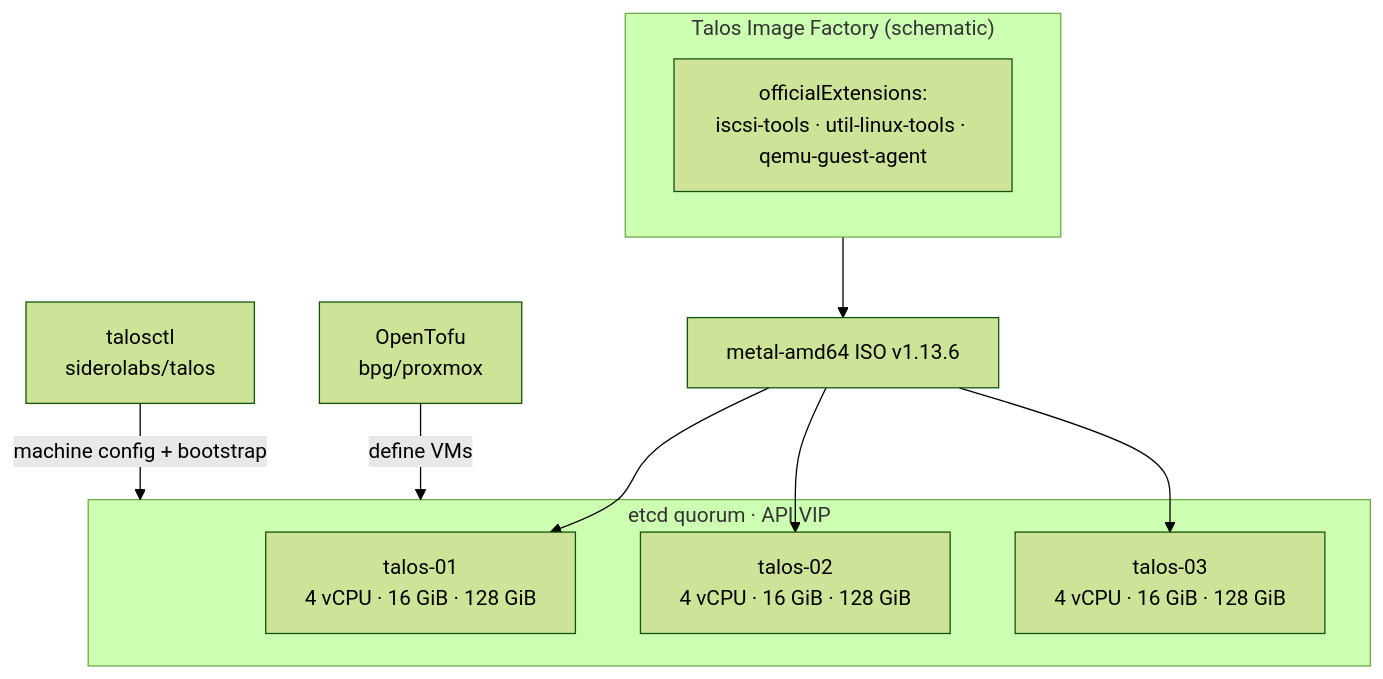
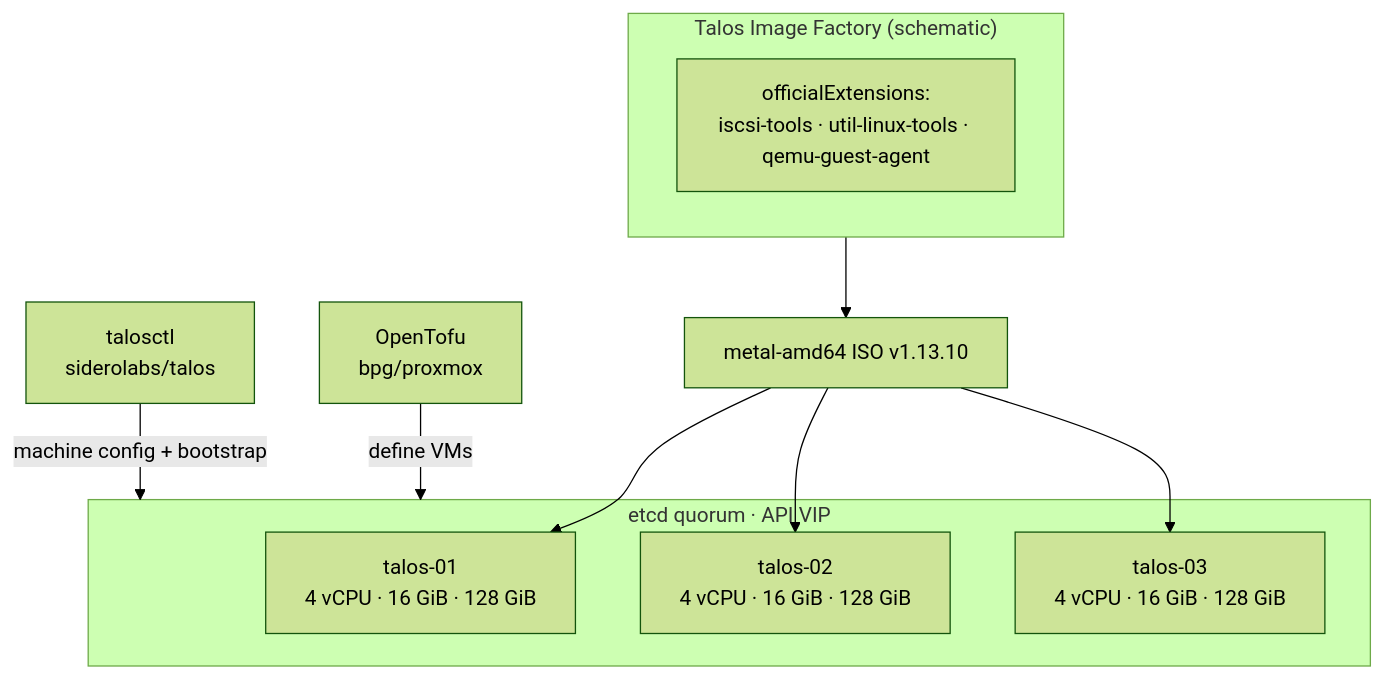
Before and after one commit to jsawyerdev/homelab-showcase: the third of 7 diagrams in README.md, drawn with Mermaid (forest theme). The commit also changed other lines of this file and 4 other files, not shown here.

````diff
--- a/README.md
+++ b/README.md
@@ -143,17 +144,17 @@
 ```mermaid
 flowchart TB
     subgraph FACTORY["Talos Image Factory (schematic)"]
         EXT["officialExtensions:<br/>iscsi-tools · util-linux-tools · qemu-guest-agent"]
     end
-    ISO["metal-amd64 ISO v1.13.6"] --> N1 & N2 & N3
+    ISO["metal-amd64 ISO v1.13.10"] --> N1 & N2 & N3
     FACTORY --> ISO
 
     subgraph CLUSTER["etcd quorum · API VIP"]
         N1["talos-01<br/>4 vCPU · 16 GiB · 128 GiB"]
         N2["talos-02<br/>4 vCPU · 16 GiB · 128 GiB"]
         N3["talos-03<br/>4 vCPU · 16 GiB · 128 GiB"]
     end
 
     TOFU["OpenTofu<br/>bpg/proxmox"] -->|define VMs| CLUSTER
     TALOSCTL["talosctl<br/>siderolabs/talos"] -->|machine config + bootstrap| CLUSTER
 ```
````
